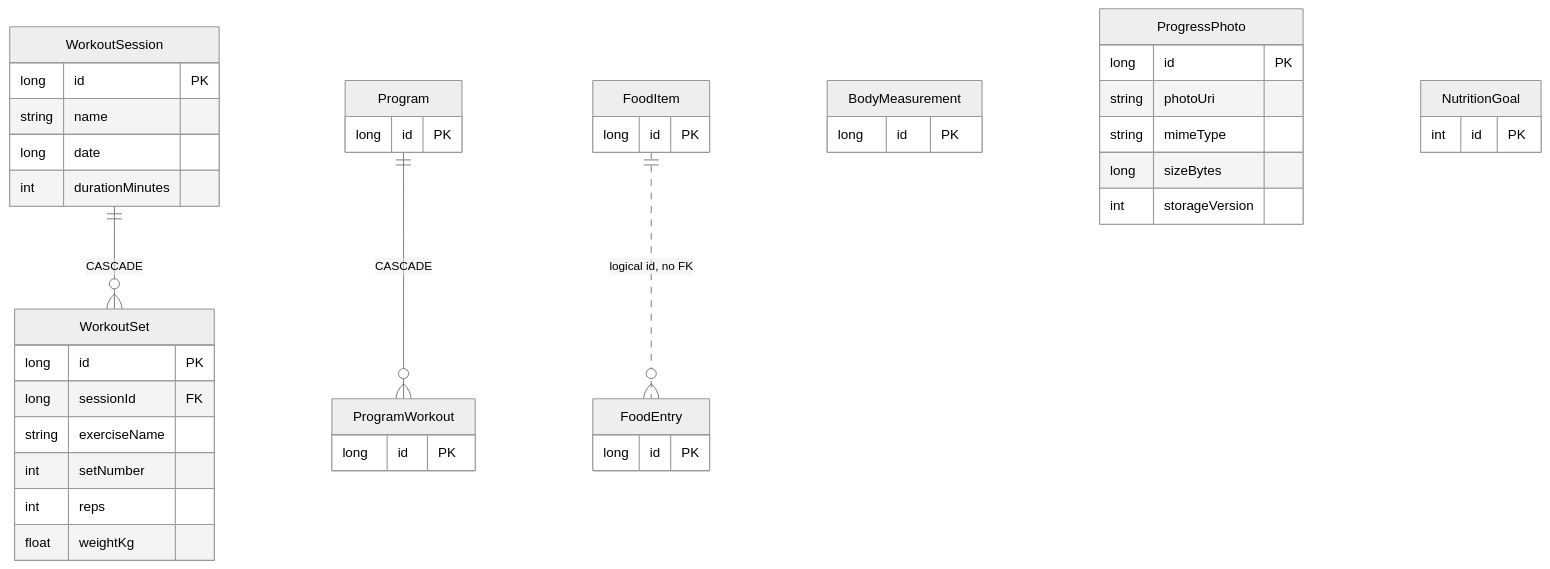
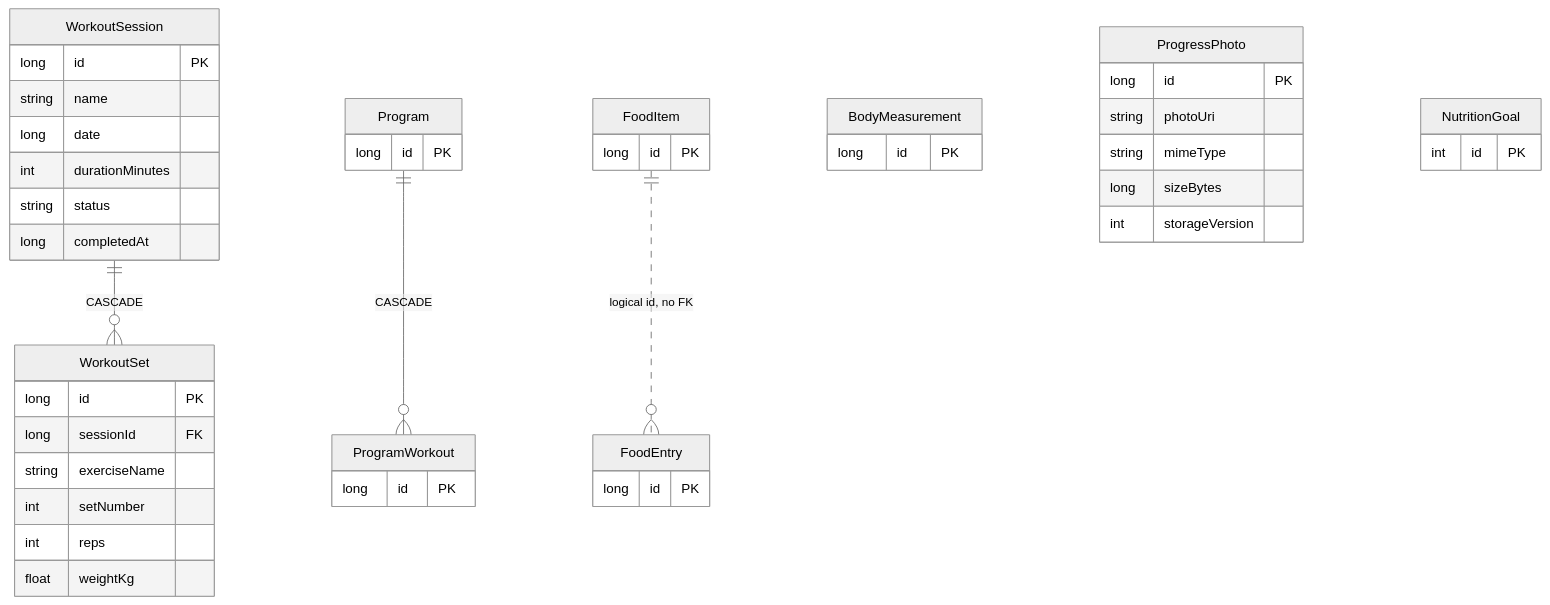
The diagram in docs/obsidian/architecture/ARCH_DATABASE.md (MehmetKucukOfficial/GymTracker), drawn with Mermaid (neutral theme) before and after one commit. The commit also changed other lines of this file and 28 other files, not shown here.

````diff
--- a/docs/obsidian/architecture/ARCH_DATABASE.md
+++ b/docs/obsidian/architecture/ARCH_DATABASE.md
@@ -27,33 +29,35 @@
 ```mermaid
 erDiagram
     WorkoutSession ||--o{ WorkoutSet : CASCADE
     Program ||--o{ ProgramWorkout : CASCADE
     FoodItem ||..o{ FoodEntry : "logical id, no FK"
     WorkoutSession {
       long id PK
       string name
       long date
       int durationMinutes
+      string status
+      long completedAt
     }
     WorkoutSet {
       long id PK
       long sessionId FK
       string exerciseName
       int setNumber
       int reps
       float weightKg
     }
     BodyMeasurement { long id PK }
     FoodItem { long id PK }
     FoodEntry { long id PK }
     ProgressPhoto {
       long id PK
       string photoUri
       string mimeType
       long sizeBytes
       int storageVersion
     }
     Program { long id PK }
     ProgramWorkout { long id PK }
     NutritionGoal { int id PK }
 ```
````
